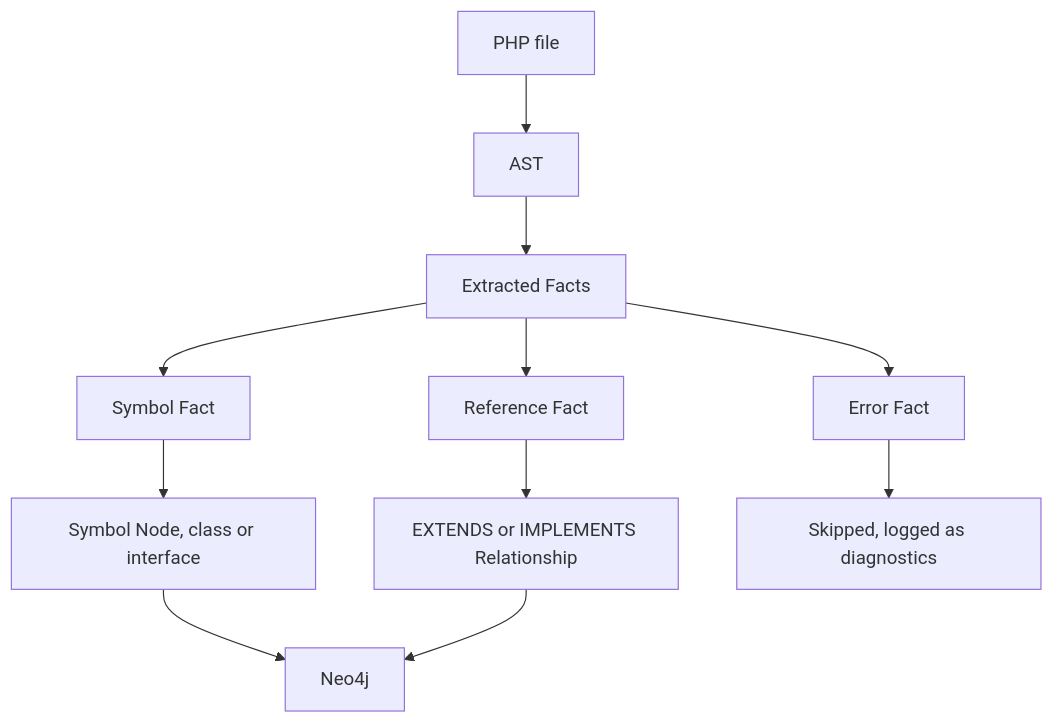
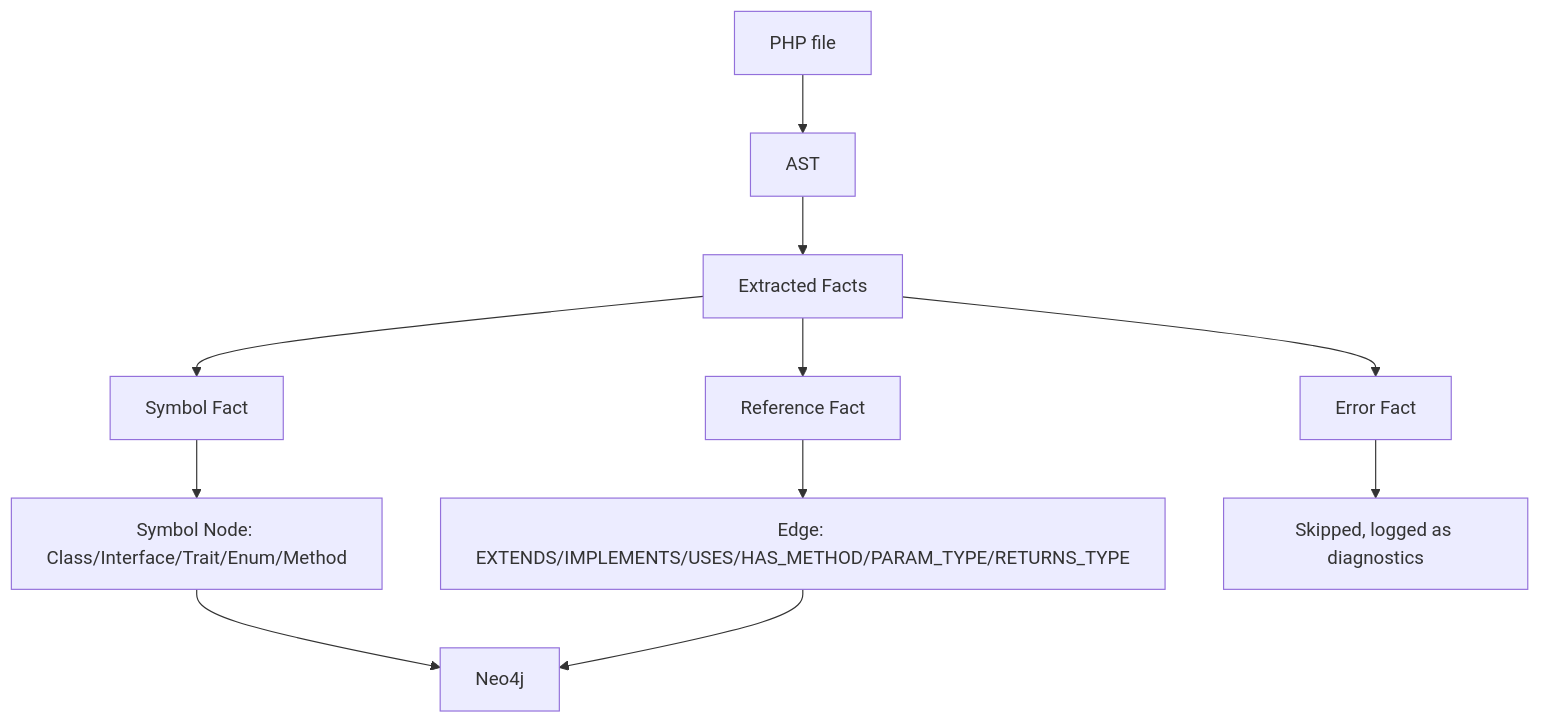
One commit to DavidBelicza/Magento-MCP-Server changed the fourth of 5 diagrams in docs/architecture_world_mapping.md. Above: the diagram before and after it, drawn with Mermaid. The commit also changed other lines of this file and 8 other files, not shown here.

First line of the commit message:
Document the PHP source graph mapping and align analyzer parameter style

````diff
--- a/docs/architecture_world_mapping.md
+++ b/docs/architecture_world_mapping.md
@@ -105,16 +107,16 @@
 ```mermaid
 flowchart TD
     A[PHP file] --> B[AST]
     B --> C[Extracted Facts]
 
     C --> D[Symbol Fact]
     C --> E[Reference Fact]
     C --> I[Error Fact]
 
-    D --> F[Symbol Node, class or interface]
-    E --> G[EXTENDS or IMPLEMENTS Relationship]
+    D --> F[Symbol Node: Class/Interface/Trait/Enum/Method]
+    E --> G[Edge: EXTENDS/IMPLEMENTS/USES/HAS_METHOD/PARAM_TYPE/RETURNS_TYPE]
     I --> J[Skipped, logged as diagnostics]
 
     F --> H[Neo4j]
     G --> H
 ```
````
